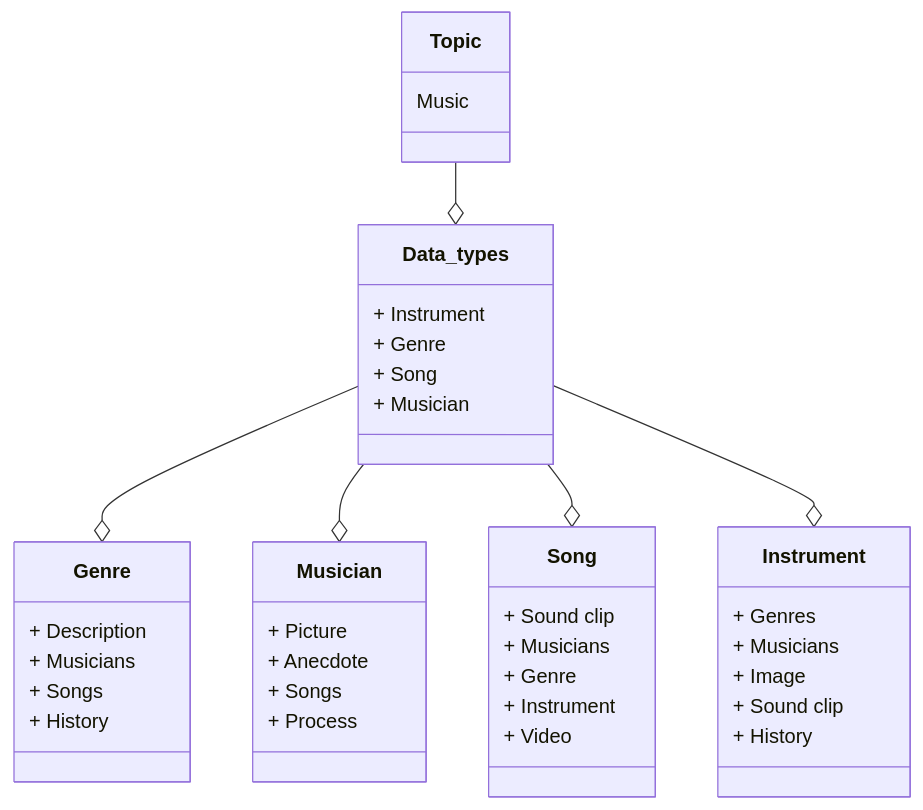
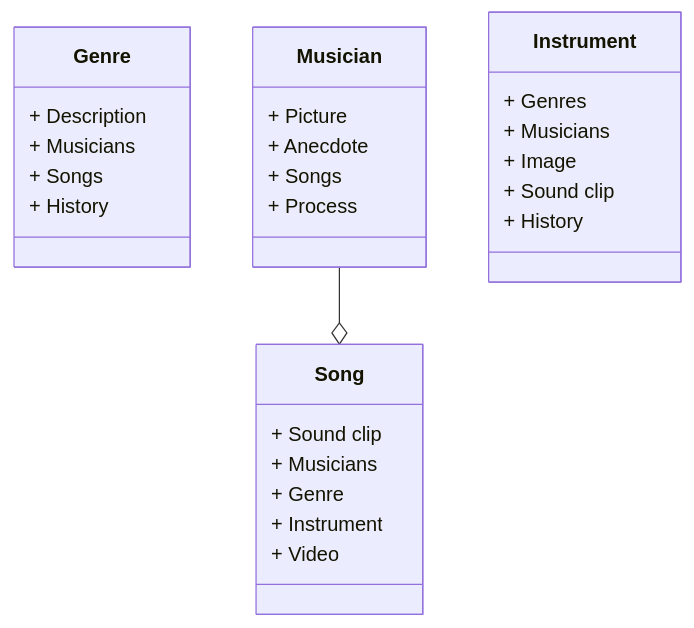
The first of 2 diagrams in README.md (travis-kuenzi/Mongo-Driven-Website-Term-Project), drawn with Mermaid before and after one commit. The commit also changed other lines of this file, not shown here.

Commit message:
musician diagram update

````diff
--- a/README.md
+++ b/README.md
@@ -11,50 +11,35 @@
 ```mermaid
-classDiagram
-    class Topic {
-      Music
-    }
-
-    class Data_types {
-      + Instrument
-      + Genre
-      + Song
-      + Musician
-    }
-    
+classDiagram 
     class Genre {
       + Description
       + Musicians
       + Songs
       + History
     }
 
     class Musician {
       + Picture
       + Anecdote
       + Songs
       + Process
     }
 
     class Song {
       + Sound clip
       + Musicians
       + Genre
       + Instrument
       + Video
     }
 
     class Instrument {
       + Genres
       + Musicians
       + Image
       + Sound clip
       + History
     }
 
     %%Links between entities - don't worry too much about details
-    Topic --o Data_types
-    Data_types --o Genre
-    Data_types --o Musician
-    Data_types --o Song
-    Data_types --o Instrument
+    Musician --o Song
 ```
````
